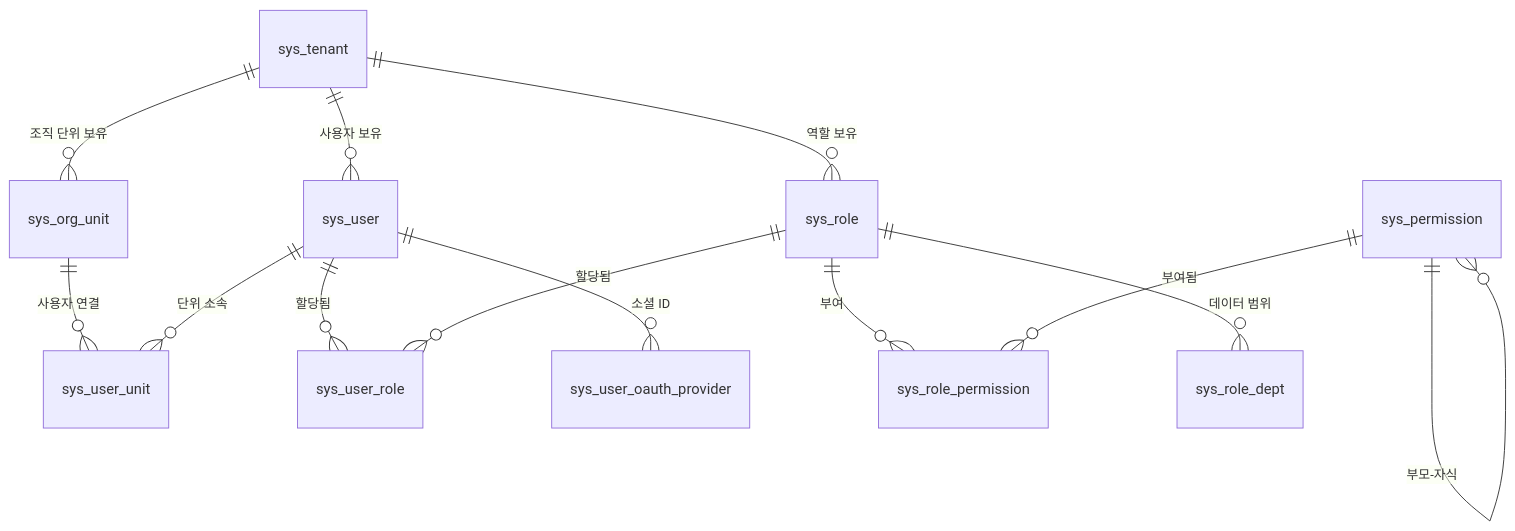
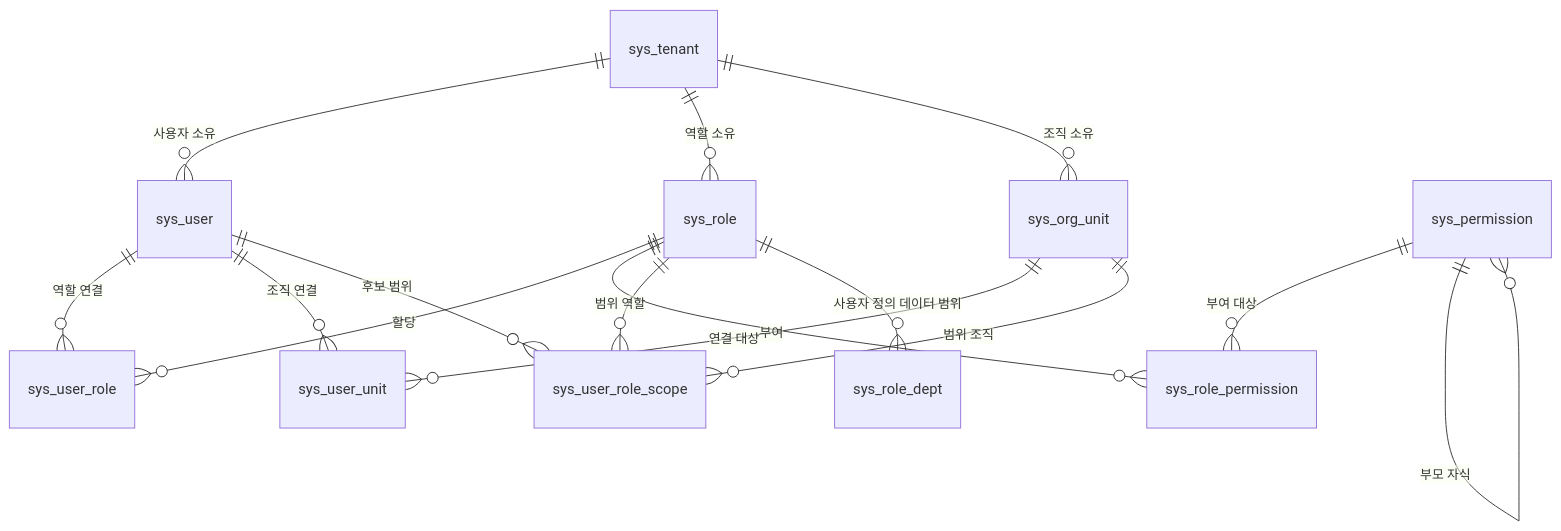
One commit to wang-baohai/Omni-Stack changed the diagram in docs/architecture.kr.md. Above: the diagram before and after it, drawn with Mermaid. The commit also changed other lines of this file and 1095 other files, not shown here.

````diff
--- a/docs/architecture.kr.md
+++ b/docs/architecture.kr.md
@@ -413,15 +280,17 @@
 ```mermaid
 erDiagram
-    sys_tenant ||--o{ sys_user : "사용자 보유"
-    sys_tenant ||--o{ sys_role : "역할 보유"
-    sys_tenant ||--o{ sys_org_unit : "조직 단위 보유"
-    sys_org_unit ||--o{ sys_user_unit : "사용자 연결"
-    sys_user ||--o{ sys_user_unit : "단위 소속"
-    sys_user ||--o{ sys_user_role : "할당됨"
-    sys_user ||--o{ sys_user_oauth_provider : "소셜 ID"
-    sys_role ||--o{ sys_user_role : "할당됨"
+    sys_tenant ||--o{ sys_user : "사용자 소유"
+    sys_tenant ||--o{ sys_role : "역할 소유"
+    sys_tenant ||--o{ sys_org_unit : "조직 소유"
+    sys_user ||--o{ sys_user_role : "역할 연결"
+    sys_role ||--o{ sys_user_role : "할당"
     sys_role ||--o{ sys_role_permission : "부여"
-    sys_role ||--o{ sys_role_dept : "데이터 범위"
-    sys_permission ||--o{ sys_role_permission : "부여됨"
-    sys_permission ||--o{ sys_permission : "부모-자식"
+    sys_permission ||--o{ sys_role_permission : "부여 대상"
+    sys_user ||--o{ sys_user_unit : "조직 연결"
+    sys_org_unit ||--o{ sys_user_unit : "연결 대상"
+    sys_user ||--o{ sys_user_role_scope : "후보 범위"
+    sys_role ||--o{ sys_user_role_scope : "범위 역할"
+    sys_org_unit ||--o{ sys_user_role_scope : "범위 조직"
+    sys_role ||--o{ sys_role_dept : "사용자 정의 데이터 범위"
+    sys_permission ||--o{ sys_permission : "부모 자식"
 ```
````
